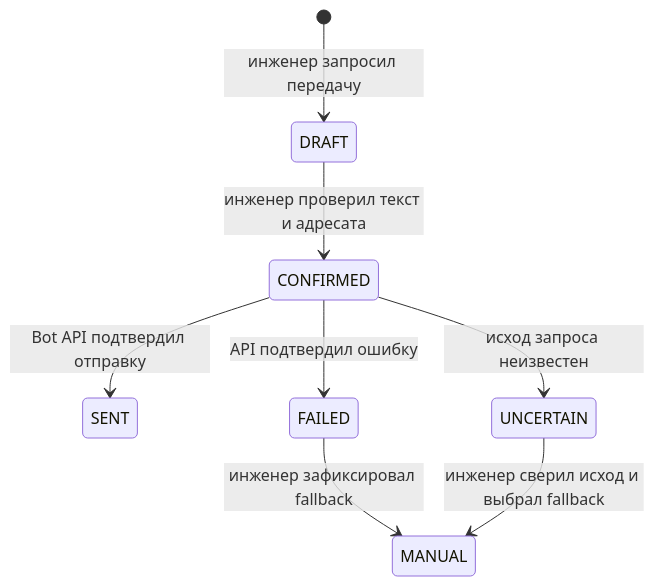
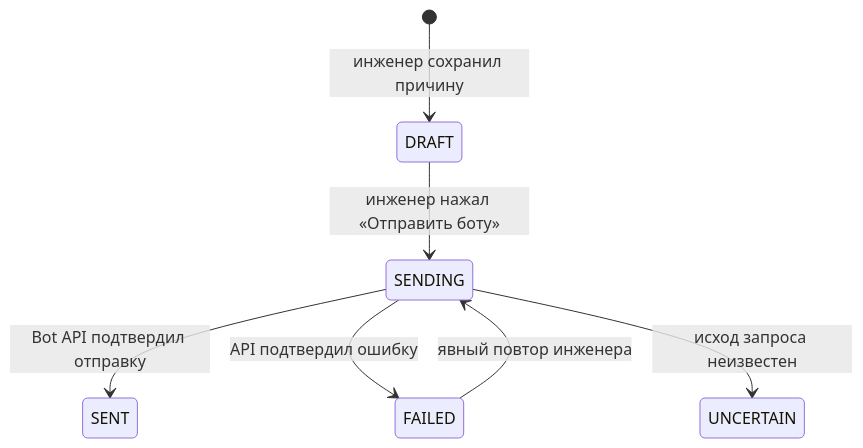
The diagram in docs/architecture/field-dispatch.md (codexhtb/oss-control-center), drawn with Mermaid before and after one commit. The commit also changed other lines of this file and 26 other files, not shown here.

````diff
--- a/docs/architecture/field-dispatch.md
+++ b/docs/architecture/field-dispatch.md
@@ -36,10 +38,9 @@
 ```mermaid
 stateDiagram-v2
-  [*] --> DRAFT: инженер запросил передачу
-  DRAFT --> CONFIRMED: инженер проверил текст и адресата
-  CONFIRMED --> SENT: Bot API подтвердил отправку
-  CONFIRMED --> FAILED: API подтвердил ошибку
-  CONFIRMED --> UNCERTAIN: исход запроса неизвестен
-  FAILED --> MANUAL: инженер зафиксировал fallback
-  UNCERTAIN --> MANUAL: инженер сверил исход и выбрал fallback
+  [*] --> DRAFT: инженер сохранил причину
+  DRAFT --> SENDING: инженер нажал «Отправить боту»
+  SENDING --> SENT: Bot API подтвердил отправку
+  SENDING --> FAILED: API подтвердил ошибку
+  SENDING --> UNCERTAIN: исход запроса неизвестен
+  FAILED --> SENDING: явный повтор инженера
 ```
````
